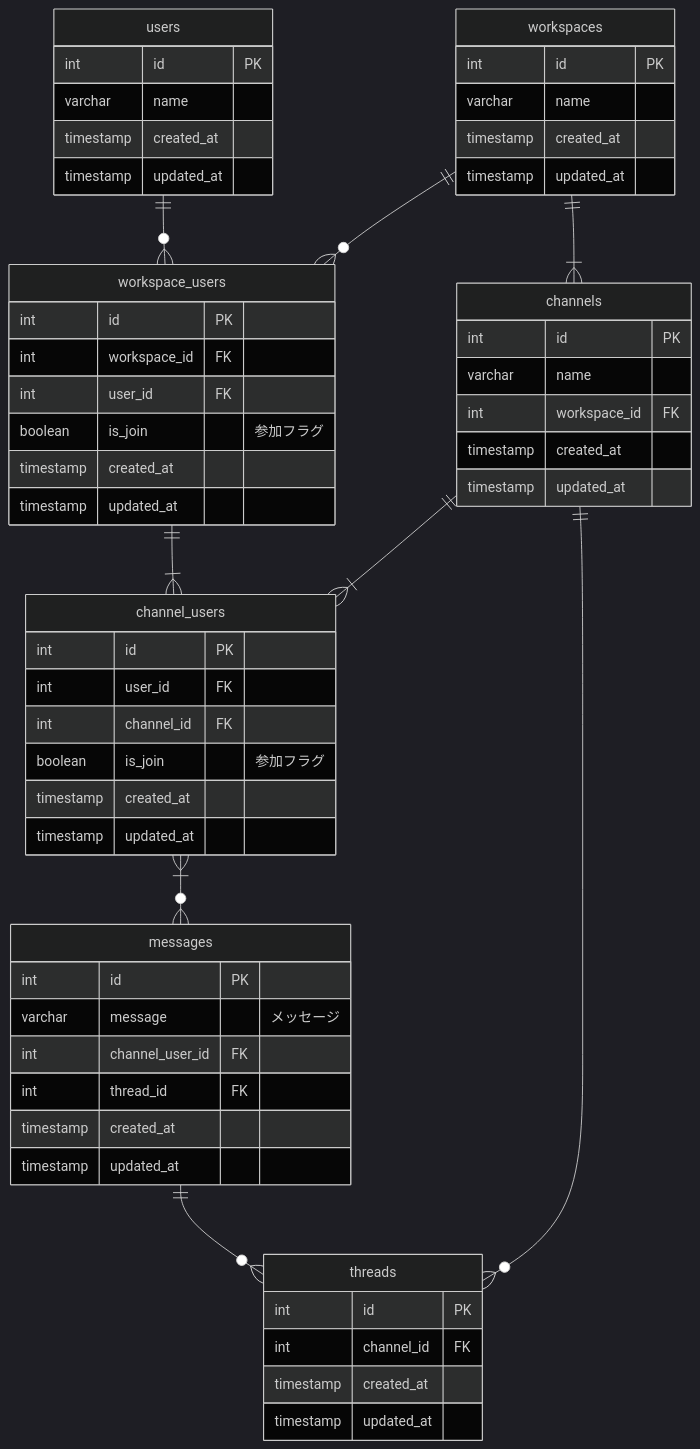
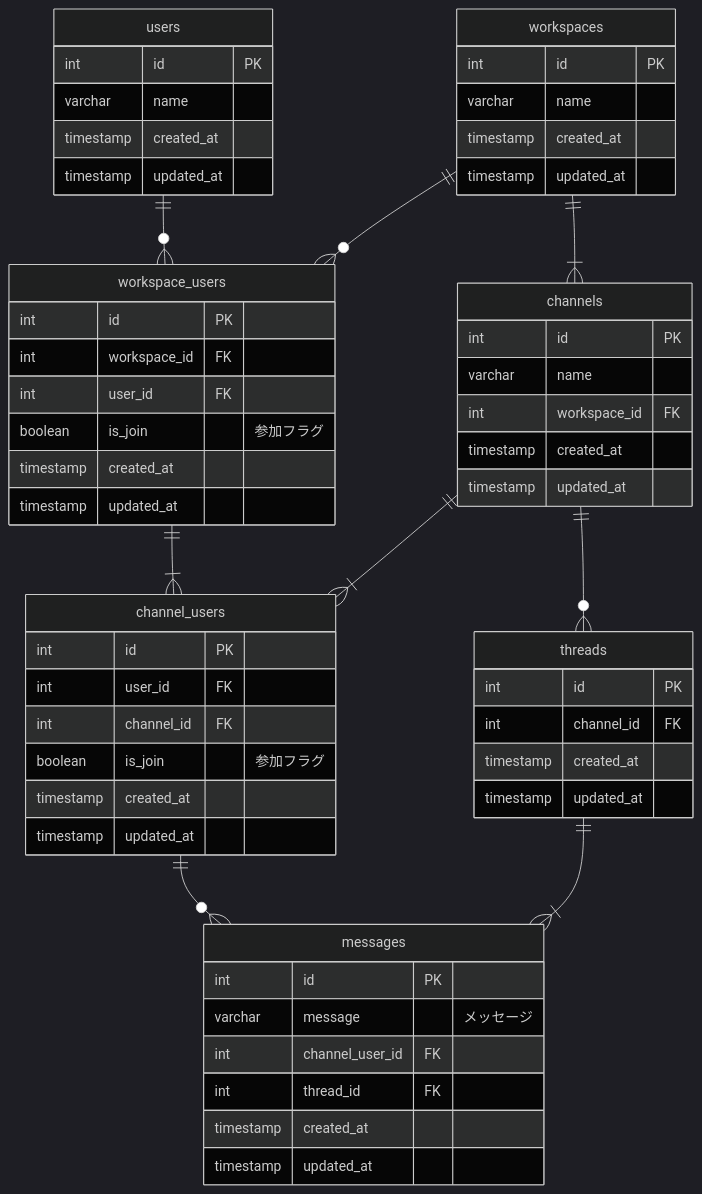
One commit to yaeok/PrAha_challenge changed the diagram in database/modeling/002/challenge01.md. Above: the diagram before and after it, drawn with Mermaid (dark theme).

Commit message:
スレッドメッセージの設計修正

````diff
--- a/database/modeling/002/challenge01.md
+++ b/database/modeling/002/challenge01.md
@@ -9,67 +9,67 @@
 ```mermaid
 erDiagram
     users ||--o{ workspace_users : ""
     workspaces ||--o{ workspace_users : ""
     workspaces ||--|{ channels : ""
     workspace_users ||--|{ channel_users : ""
     channels ||--|{ channel_users : ""
-    channel_users }|--o{ messages : ""
-    messages ||--o{ threads : ""
     channels ||--o{ threads : ""
+    threads ||--|{ messages : ""
+    channel_users ||--o{ messages : ""
 
     users {
         int id PK
         varchar name
         timestamp created_at
         timestamp updated_at
     }
 
     workspaces {
         int id PK
         varchar name
         timestamp created_at
         timestamp updated_at
     }
 
     workspace_users {
         int id PK
         int workspace_id FK
         int user_id FK
         boolean is_join "参加フラグ"
         timestamp created_at
         timestamp updated_at
     }
 
     channels {
         int id PK
         varchar name
         int workspace_id FK
         timestamp created_at
         timestamp updated_at
     }
 
     channel_users {
         int id PK
         int user_id FK
         int channel_id FK
         boolean is_join "参加フラグ"
         timestamp created_at
         timestamp updated_at
     }
 
     messages {
         int id PK
         varchar message "メッセージ"
         int channel_user_id FK
         int thread_id FK
         timestamp created_at
         timestamp updated_at
     }
 
     threads {
         int id PK
         int channel_id FK
         timestamp created_at
         timestamp updated_at
     }
 ```
````
